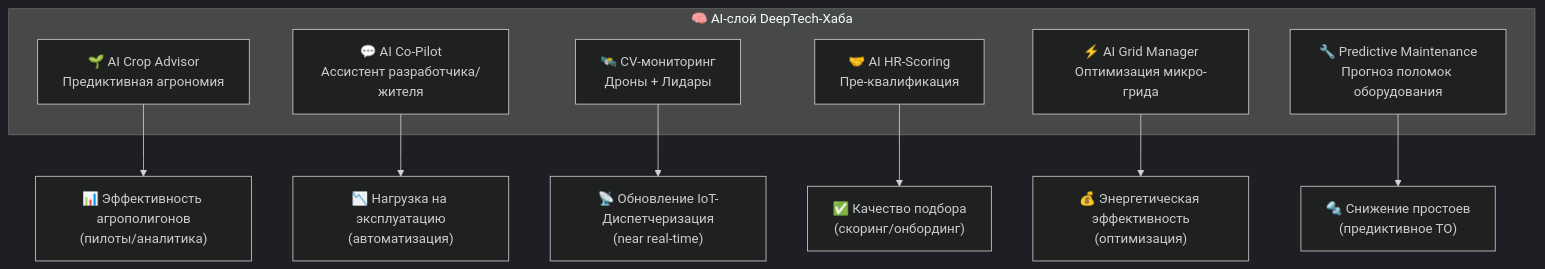
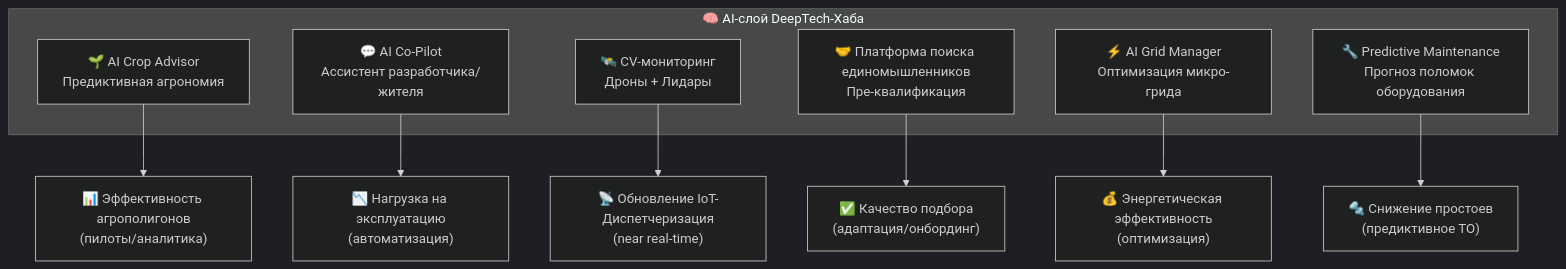
Before and after one commit to NeuroLoft/NEURO-ESTATE: the third of 7 diagrams in ТЭО_Родовое_Поместье_Кейс/ТЭО_Родовое_Поместье_Раздел_3_Описание_концепции.md, drawn with Mermaid (dark theme). The commit also changed other lines of this file and 18 other files, not shown here.

````diff
--- a/ТЭО_Родовое_Поместье_Кейс/ТЭО_Родовое_Поместье_Раздел_3_Описание_концепции.md
+++ b/ТЭО_Родовое_Поместье_Кейс/ТЭО_Родовое_Поместье_Раздел_3_Описание_концепции.md
@@ -167,17 +167,17 @@
 ```mermaid
 flowchart TB
     subgraph AI["🧠 AI-слой DeepTech-Хаба"]
         A1["🌱 AI Crop Advisor\nПредиктивная агрономия"]
         A2["💬 AI Co-Pilot\nАссистент разработчика/жителя"]
         A3["🛰️ CV-мониторинг\nДроны + Лидары"]
-        A4["🤝 AI HR-Scoring\nПре-квалификация"]
+        A4["🤝 Платформа поиска единомышленников\nПре-квалификация"]
         A5["⚡ AI Grid Manager\nОптимизация микро-грида"]
         A6["🔧 Predictive Maintenance\nПрогноз поломок оборудования"]
     end
     A1 --> KPI["📊 Эффективность агрополигонов\n(пилоты/аналитика)"]
     A2 --> KPI2["📉 Нагрузка на эксплуатацию\n(автоматизация)"]
     A3 --> KPI3["📡 Обновление IoT-Диспетчеризация\n(near real-time)"]
-    A4 --> KPI4["✅ Качество подбора\n(скоринг/онбординг)"]
+    A4 --> KPI4["✅ Качество подбора\n(адаптация/онбординг)"]
     A5 --> KPI5["💰 Энергетическая эффективность\n(оптимизация)"]
     A6 --> KPI6["🔩 Снижение простоев\n(предиктивное ТО)"]
 ```
````
